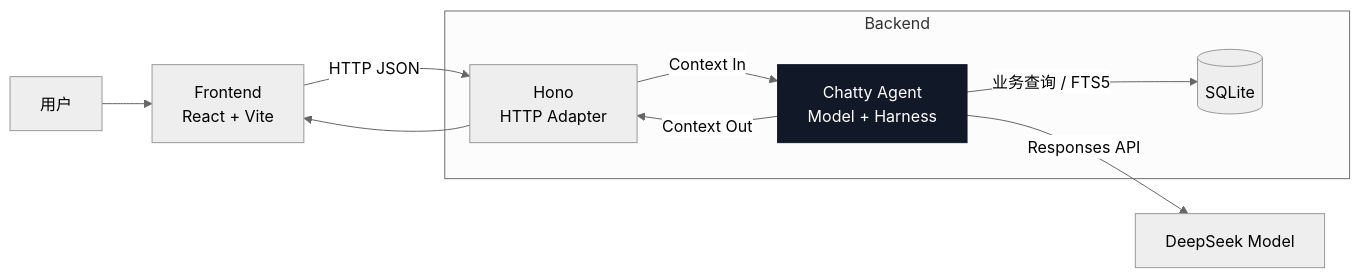
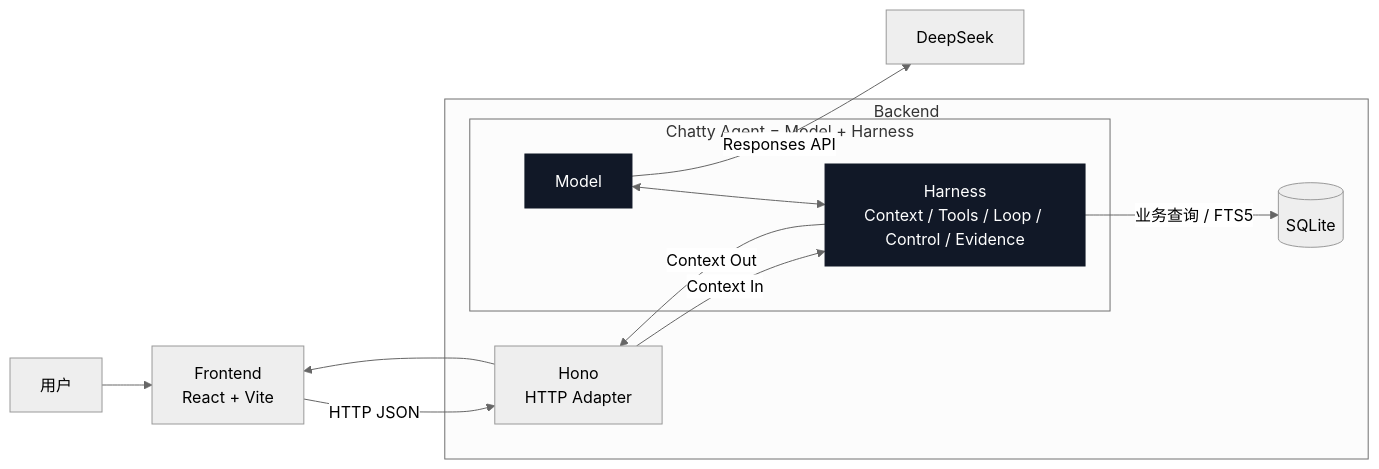
One commit to ImWenyaoT/chatty changed the first of 4 diagrams in README.md. Above: the diagram before and after it, drawn with Mermaid (neutral theme). The commit also changed other lines of this file and 4 other files, not shown here.

````diff
--- a/README.md
+++ b/README.md
@@ -59,15 +59,18 @@
 ```mermaid
 flowchart LR
     User["用户"] --> Frontend["Frontend<br/>React + Vite"]
     Frontend -->|"HTTP JSON"| API
     subgraph Backend["Backend"]
-        API["Hono<br/>HTTP Adapter"] -->|"Context In"| Agent["Chatty Agent<br/>Model + Harness"]
-        Agent -->|"业务查询 / FTS5"| SQLite[("SQLite")]
-        Agent -->|"Context Out"| API
+        API["Hono<br/>HTTP Adapter"] -->|"Context In"| Harness
+        subgraph Agent["Chatty Agent = Model + Harness"]
+            Model["Model"] <--> Harness["Harness<br/>Context / Tools / Loop / Control / Evidence"]
+        end
+        Harness -->|"业务查询 / FTS5"| SQLite[("SQLite")]
+        Harness -->|"Context Out"| API
     end
-    Agent -->|"Responses API"| DeepSeek["DeepSeek Model"]
+    Model -->|"Responses API"| DeepSeek["DeepSeek"]
     API --> Frontend
 
     classDef agent fill:#111827,color:#fff,stroke:#111827;
-    class Agent agent;
+    class Model,Harness agent;
 ```
````
